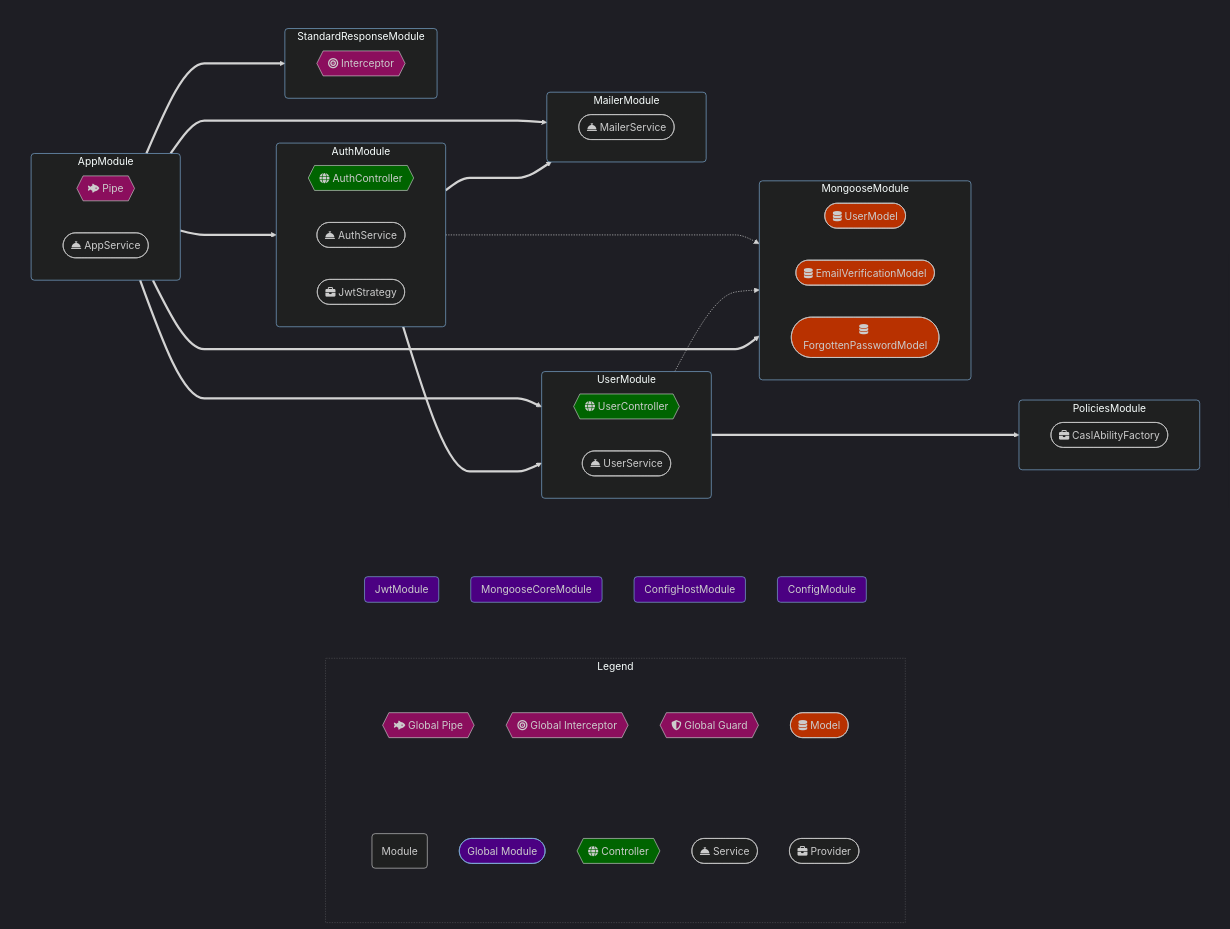
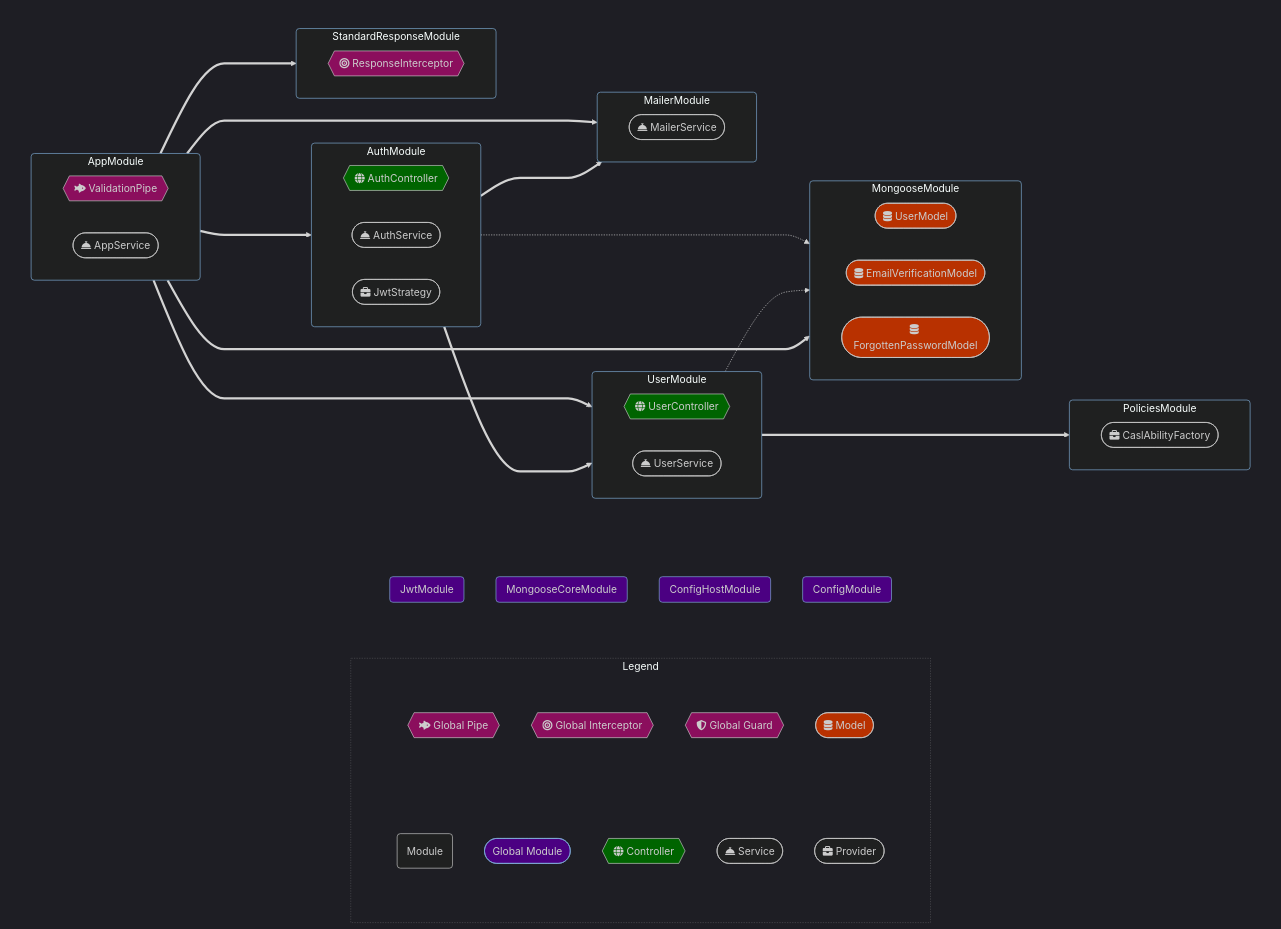
The diagram in README.md (simioni/nest-pret), drawn with Mermaid before and after one commit.

```diff
--- a/README.md
+++ b/README.md
@@ -252,7 +252,7 @@
 		direction LR
 		subgraph AppModule
 			direction LR
-			Pipe{{fa:fa-fish-fins Pipe}}:::pipe
+			Pipe{{fa:fa-fish-fins ValidationPipe}}:::pipe
 			AppService([fa:fa-bell-concierge AppService]):::service
 		end
 		subgraph ConfigModule
@@ -269,7 +269,7 @@
 		end
 		subgraph StandardResponseModule
 			direction LR
-			Interceptor{{fa:fa-bullseye Interceptor}}:::interceptor
+			Interceptor{{fa:fa-bullseye ResponseInterceptor}}:::interceptor
 		end
 		subgraph AuthModule
 			direction LR
@@ -311,8 +311,8 @@
 classDef guard fill:#8b0e5d
 classDef interceptor fill:#8b0e5d
 classDef model fill:#b83100
-classDef globalModule,moduleSubgraph fill:#1f2020,stroke:#81B1DB,rx:5,ry:5
-classDef globalModule fill:indigo
+classDef moduleSubgraph fill:#1f2020,stroke:#81B1DB,rx:5,ry:5
+classDef globalModule fill:indigo,stroke:#81B1DB,rx:5,ry:5
 classDef layoutGroup fill:none,stroke:none
 classDef groupStyles rx:10,ry:10
 class legend groupStyles
```
